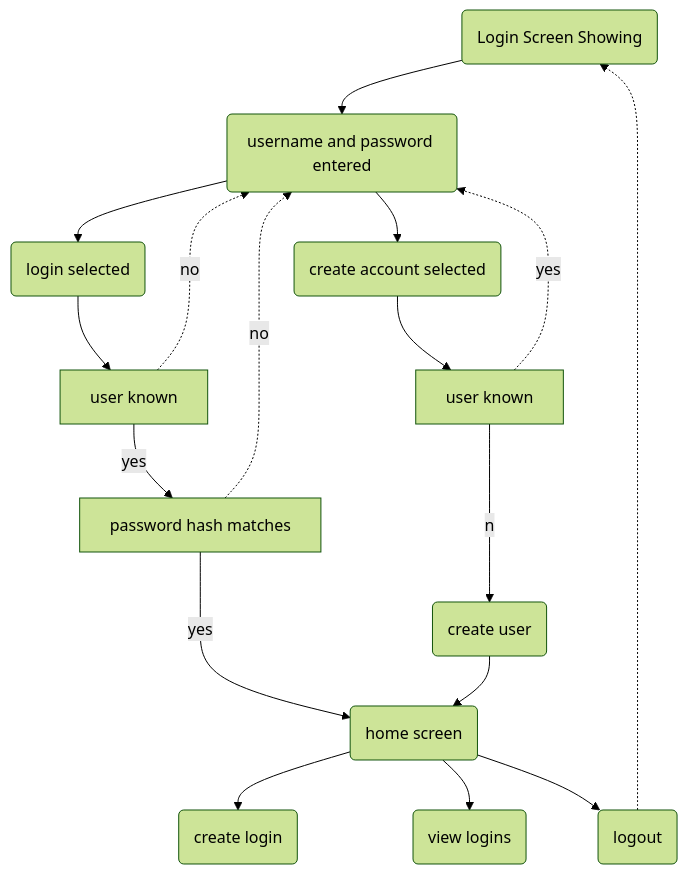
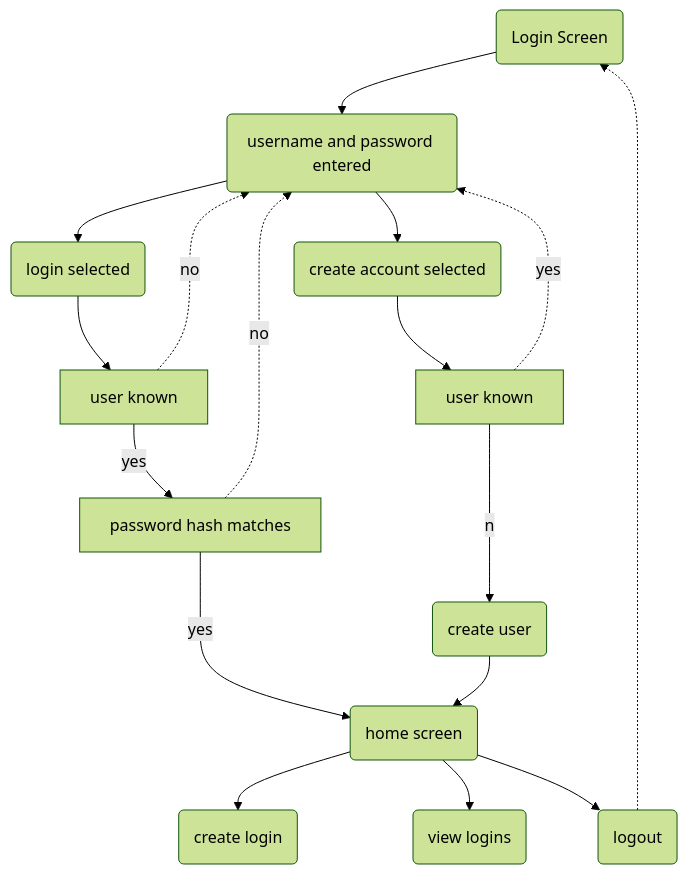
The first of 3 diagrams in README.md (pxp888/passcodes), drawn with Mermaid (forest theme) before and after one commit. The commit also changed other lines of this file and 1 other file, not shown here.

```diff
--- a/README.md
+++ b/README.md
@@ -37,22 +52,22 @@
 ~~~mermaid
 graph TD
-a(Login Screen Showing)
+a(Login Screen)
 b(username and password entered)
 c(login selected)
 d(create account selected)
 e[user known]
 f[password hash matches]
 g(home screen)
 h[user known]
 i(create user)
 
 a-->b-->c & d
 c --> e
 e --yes--> f --yes--> g
 e & f -. no .-> b
 d-->h
 h -.yes.-> b
 h --no--> i --> g
 g --> c1(create login) & vl(view logins) & lo(logout)
 lo -.-> a
 ~~~
```
